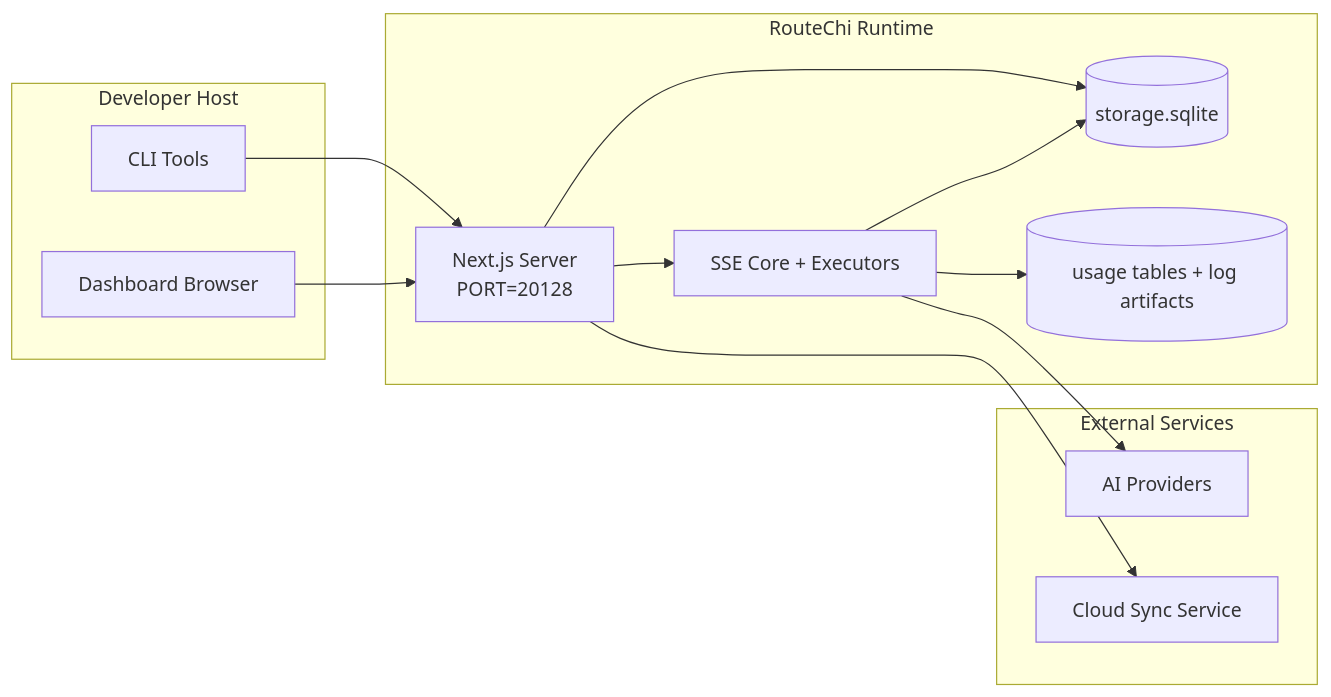
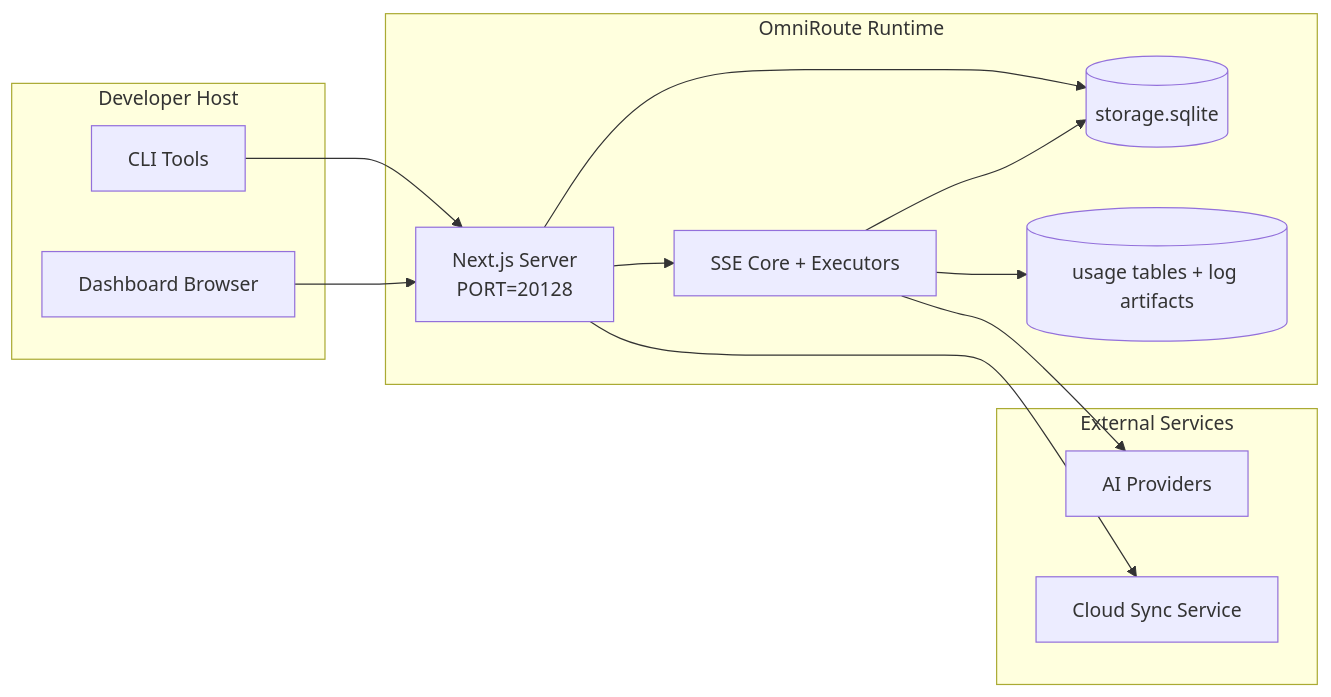
One commit to borhandarabi/RouteChi changed the seventh of 7 diagrams in docs/i18n/fa/docs/architecture/ARCHITECTURE.md. Above: the diagram before and after it, drawn with Mermaid. The commit also changed other lines of this file and 299 other files, not shown here.

Commit message:
Revert Routechi To OmniRoute

````diff
--- a/docs/i18n/fa/docs/architecture/ARCHITECTURE.md
+++ b/docs/i18n/fa/docs/architecture/ARCHITECTURE.md
@@ -809,28 +809,28 @@
 ```mermaid
 flowchart LR
     subgraph LocalHost[Developer Host]
         CLI[CLI Tools]
         Browser[Dashboard Browser]
     end
 
-    subgraph ContainerOrProcess[RouteChi Runtime]
+    subgraph ContainerOrProcess[OmniRoute Runtime]
         Next[Next.js Server\nPORT=20128]
         Core[SSE Core + Executors]
         MainDB[(storage.sqlite)]
         UsageDB[(usage tables + log artifacts)]
     end
 
     subgraph External[External Services]
         Providers[AI Providers]
         SyncCloud[Cloud Sync Service]
     end
 
     CLI --> Next
     Browser --> Next
     Next --> Core
     Next --> MainDB
     Core --> MainDB
     Core --> UsageDB
     Core --> Providers
     Next --> SyncCloud
 ```
````
